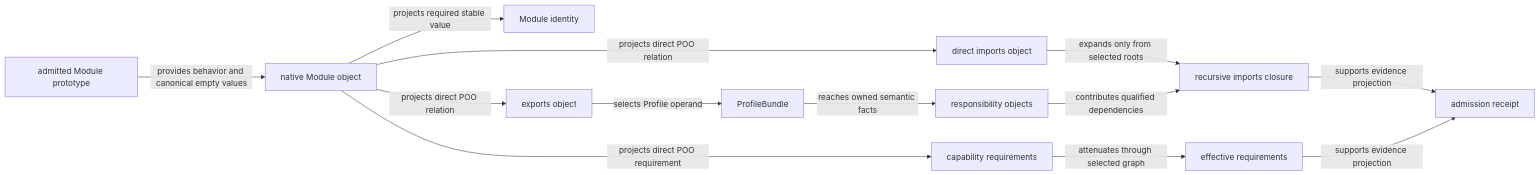
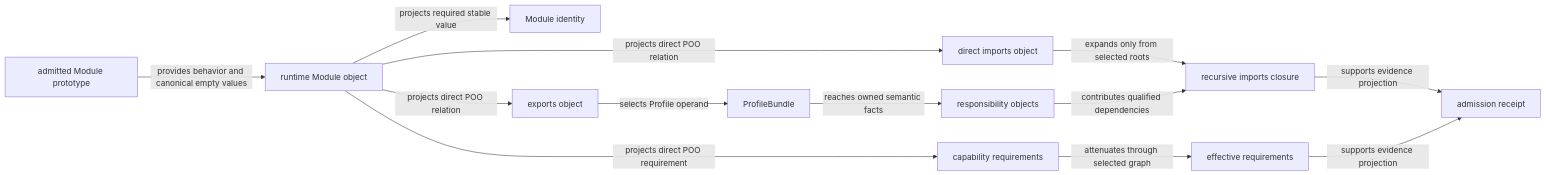
Before and after one commit to tao3k/gebril-yuanxu: the first of 2 diagrams in module-system/design/45-99-module-domain-prototype-minimal-projection-and-derived-closure-contract.org, drawn with Mermaid. The commit also changed other lines of this file and 1469 other files, not shown here.

First line of the commit message:
refactor: consolidate module runtime and build interfaces

```diff
--- a/module-system/design/45-99-module-domain-prototype-minimal-projection-and-derived-closure-contract.org
+++ b/module-system/design/45-99-module-domain-prototype-minimal-projection-and-derived-closure-contract.org
@@ -229,15 +229,15 @@
 #+begin_src mermaid
 flowchart LR
-  Prototype["admitted Module prototype"] -->|"provides behavior and canonical empty values"| Module["native Module object"]
+  Prototype["admitted Module prototype"] -->|"provides behavior and canonical empty values"| Module["runtime Module object"]
   Module -->|"projects required stable value"| Identity["Module identity"]
   Module -->|"projects direct POO relation"| Exports["exports object"]
   Module -->|"projects direct POO relation"| Imports["direct imports object"]
   Module -->|"projects direct POO requirement"| CapReq["capability requirements"]
   Exports -->|"selects Profile operand"| Bundle["ProfileBundle"]
   Bundle -->|"reaches owned semantic facts"| Responsibility["responsibility objects"]
   Imports -->|"expands only from selected roots"| Recursive["recursive imports closure"]
   Responsibility -->|"contributes qualified dependencies"| Recursive
   CapReq -->|"attenuates through selected graph"| Effective["effective requirements"]
   Recursive -->|"supports evidence projection"| Receipt["admission receipt"]
   Effective -->|"supports evidence projection"| Receipt
 #+end_src
```
